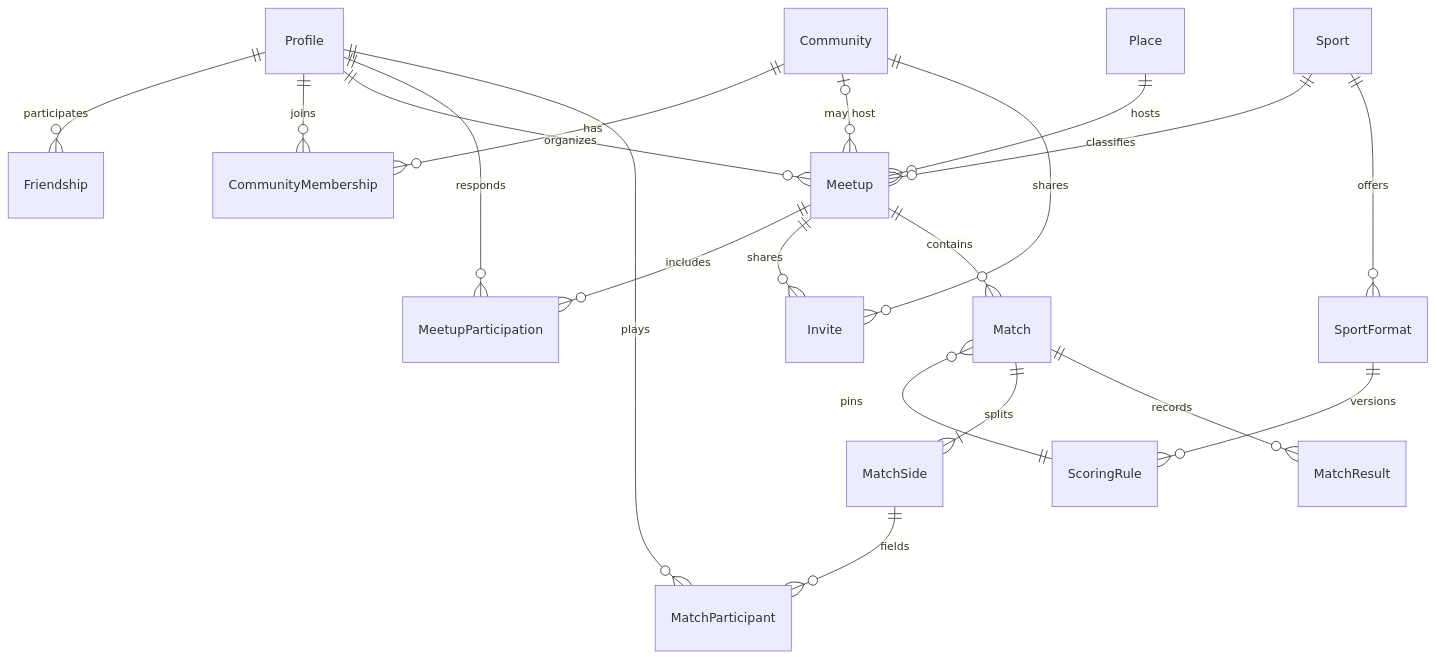
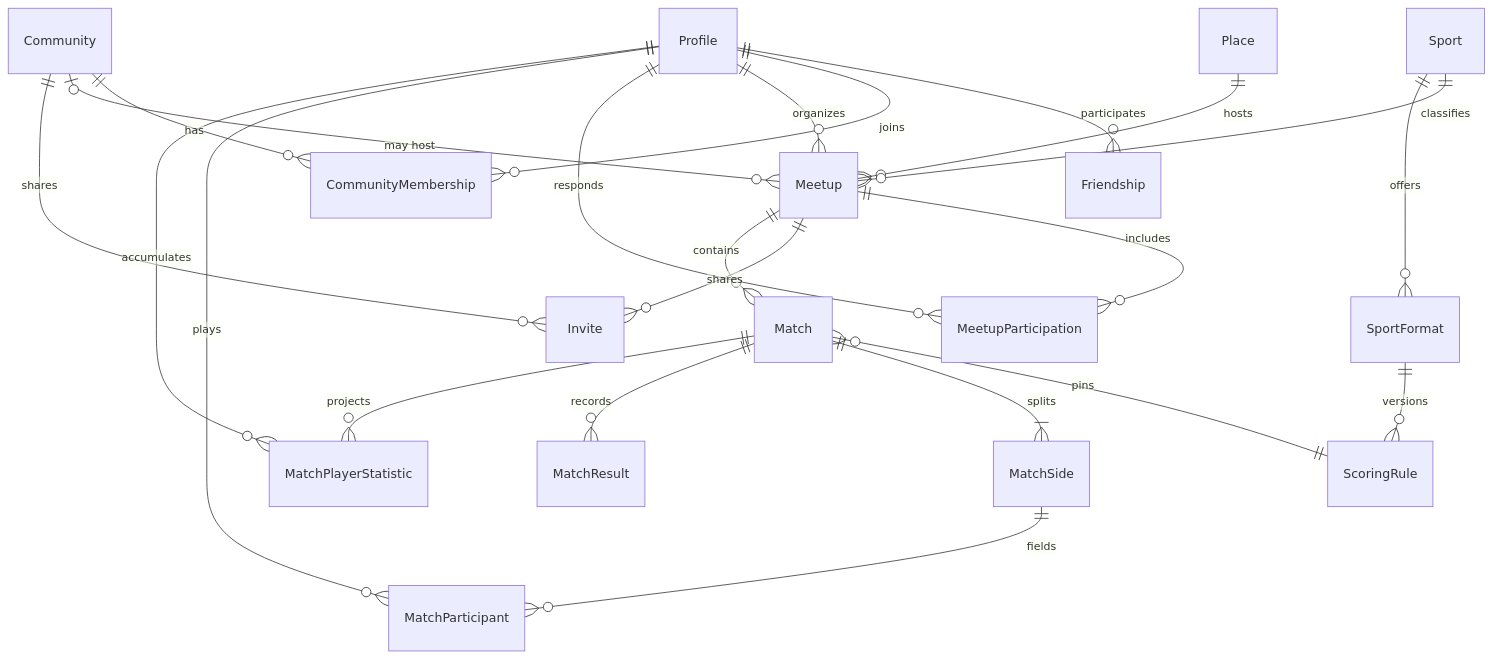
One commit to andrelcol/PaDre changed the diagram in docs/DOMAIN_MODEL.md. Above: the diagram before and after it, drawn with Mermaid. The commit also changed other lines of this file and 34 other files, not shown here.

````diff
--- a/docs/DOMAIN_MODEL.md
+++ b/docs/DOMAIN_MODEL.md
@@ -188,22 +193,24 @@
 ```mermaid
 erDiagram
   Profile ||--o{ Friendship : "participates"
   Profile ||--o{ CommunityMembership : "joins"
   Community ||--o{ CommunityMembership : "has"
   Community |o--o{ Meetup : "may host"
   Profile ||--o{ Meetup : "organizes"
   Place ||--o{ Meetup : "hosts"
   Sport ||--o{ Meetup : "classifies"
   Meetup ||--o{ MeetupParticipation : "includes"
   Profile ||--o{ MeetupParticipation : "responds"
   Meetup ||--o{ Invite : "shares"
   Community ||--o{ Invite : "shares"
   Sport ||--o{ SportFormat : "offers"
   SportFormat ||--o{ ScoringRule : "versions"
   Meetup ||--o{ Match : "contains"
   Match }o--|| ScoringRule : "pins"
   Match ||--|{ MatchSide : "splits"
   MatchSide ||--o{ MatchParticipant : "fields"
   Profile ||--o{ MatchParticipant : "plays"
   Match ||--o{ MatchResult : "records"
+  Match ||--o{ MatchPlayerStatistic : "projects"
+  Profile ||--o{ MatchPlayerStatistic : "accumulates"
 ```
````
